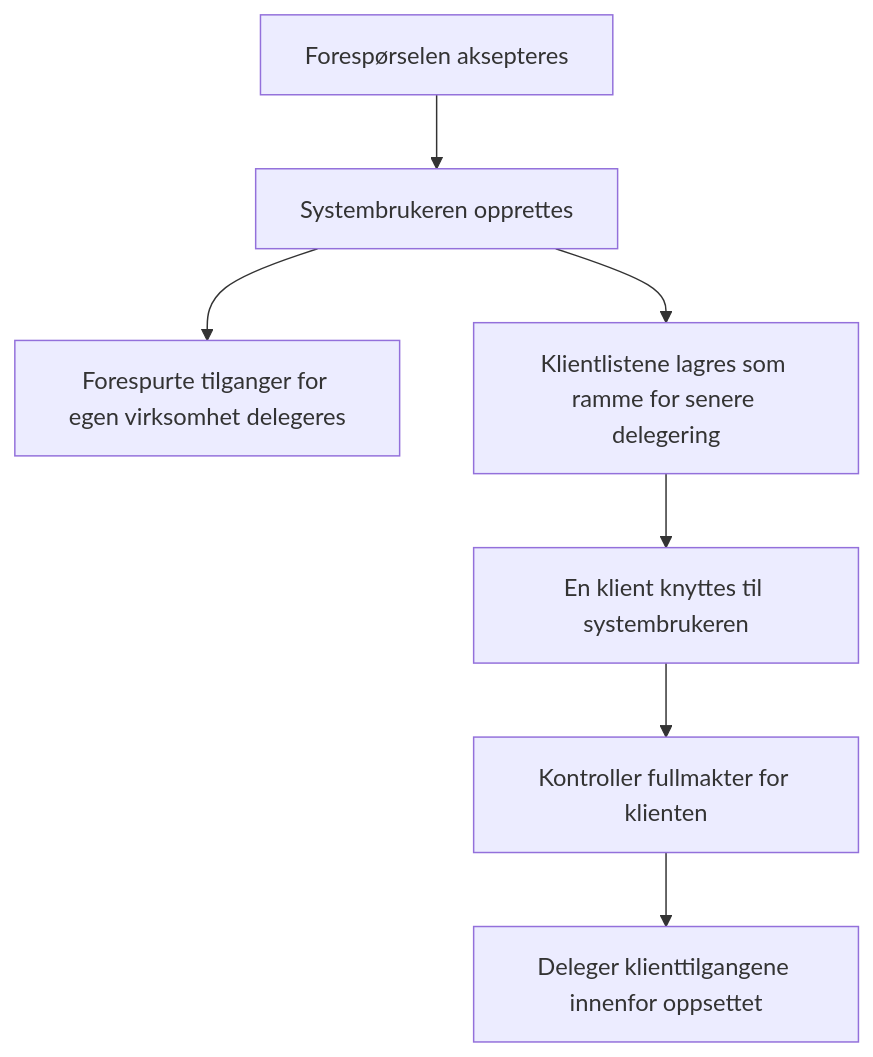
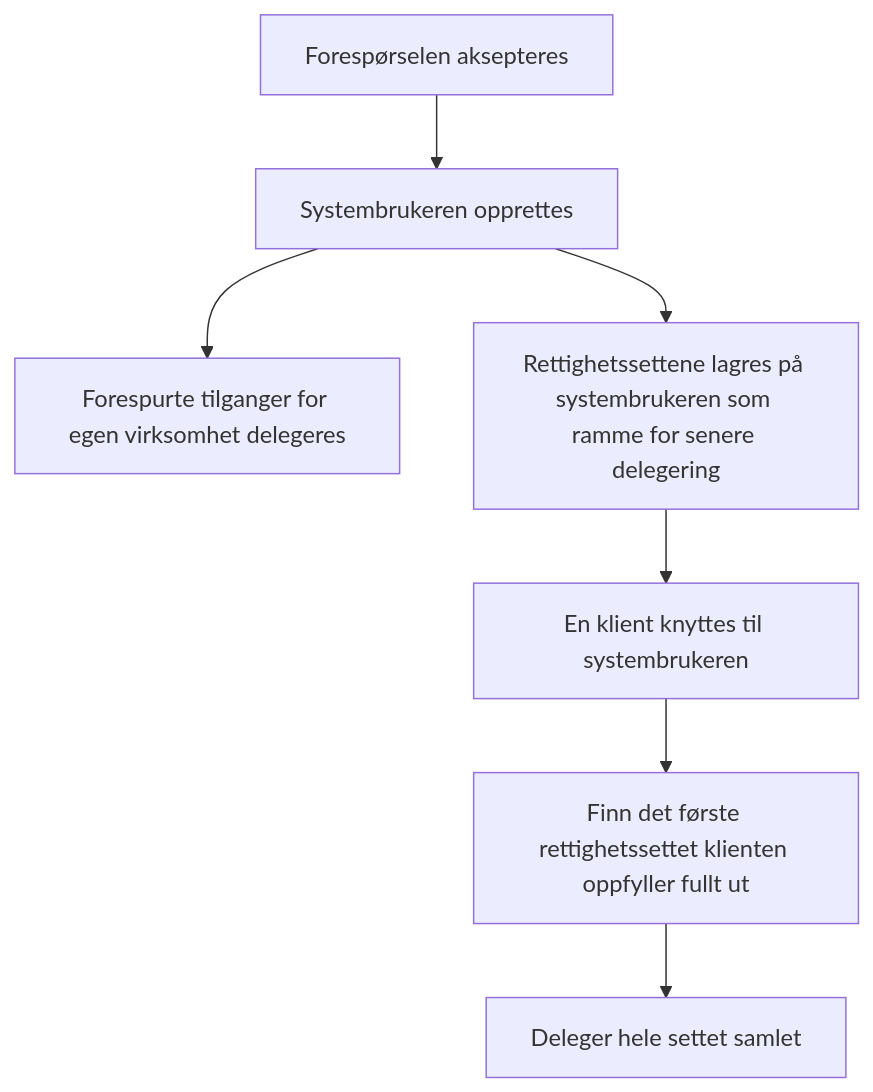
Before and after one commit to Altinn/altinn-studio-docs: the third of 6 diagrams in content/authorization/guides/system-vendor/system-user/beslutningstre.nb.md, drawn with Mermaid. The commit also changed other lines of this file and 2 other files, not shown here.

```diff
--- a/content/authorization/guides/system-vendor/system-user/beslutningstre.nb.md
+++ b/content/authorization/guides/system-vendor/system-user/beslutningstre.nb.md
@@ -56,9 +56,9 @@
 {{< mermaid >}}
 graph TD
   APPROVE["Forespørselen aksepteres"] --> CREATE["Systembrukeren opprettes"]
   CREATE --> OWN["Forespurte tilganger for egen virksomhet delegeres"]
-  CREATE --> CLIENTCONFIG["Klientlistene lagres som ramme for senere delegering"]
+  CREATE --> CLIENTCONFIG["Rettighetssettene lagres på systembrukeren som ramme for senere delegering"]
   CLIENTCONFIG --> LINK["En klient knyttes til systembrukeren"]
-  LINK --> CHECK["Kontroller fullmakter for klienten"]
-  CHECK --> DELEGATE["Deleger klienttilgangene innenfor oppsettet"]
+  LINK --> CHECK["Finn det første rettighetssettet klienten oppfyller fullt ut"]
+  CHECK --> DELEGATE["Deleger hele settet samlet"]
 {{< /mermaid >}}
```
